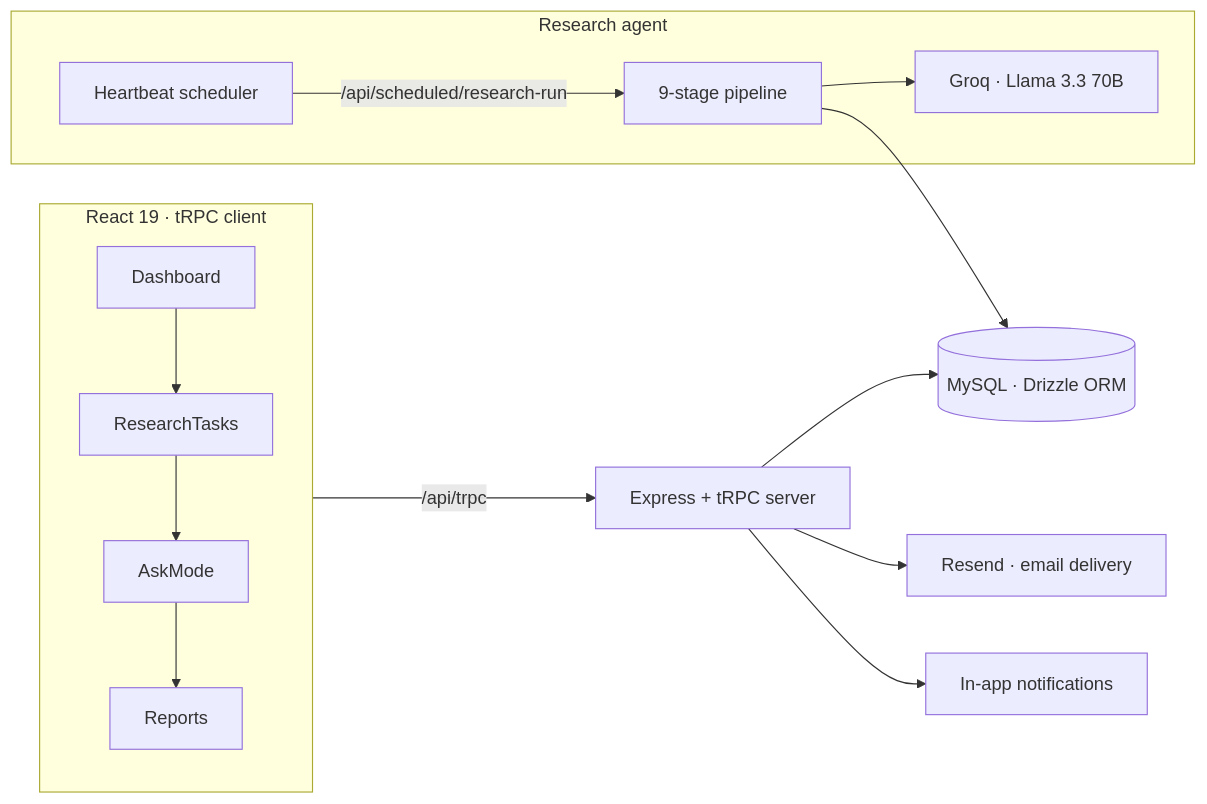
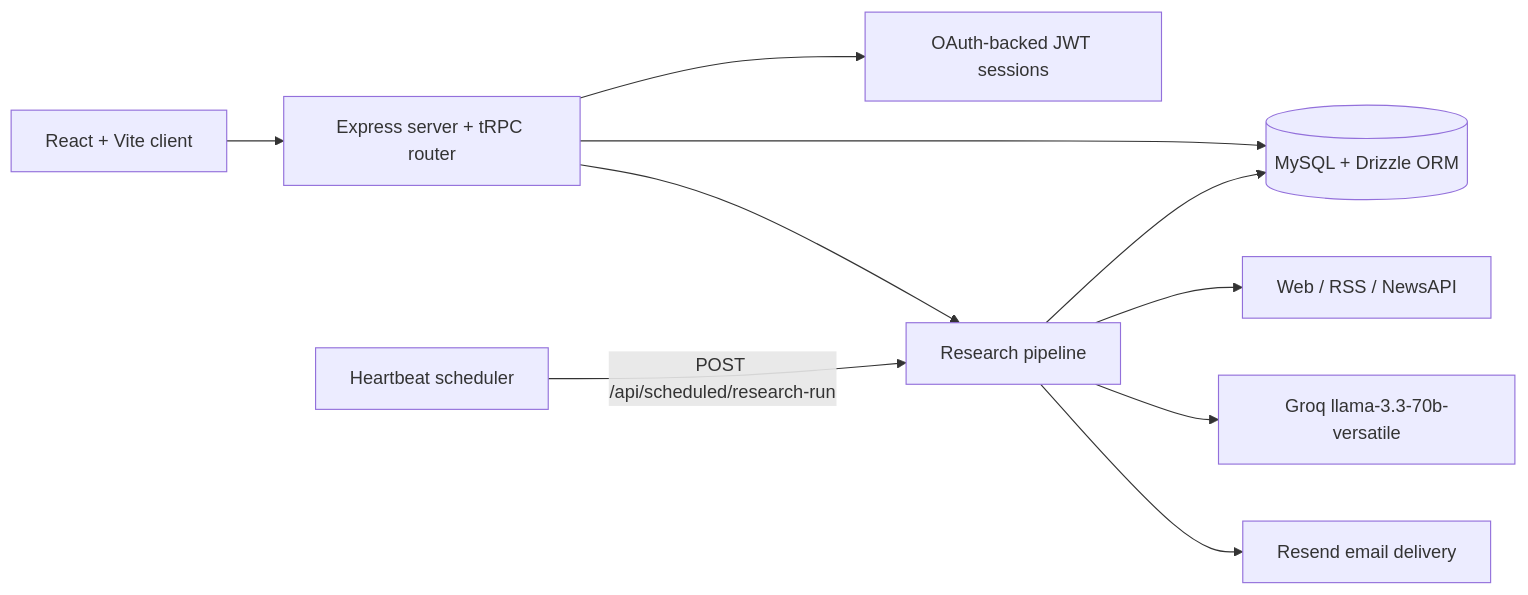
One commit to vincenzo-afk/Intelis-Agent changed the diagram in README.md. Above: the diagram before and after it, drawn with Mermaid. The commit also changed other lines of this file and 12 other files, not shown here.

````diff
--- a/README.md
+++ b/README.md
@@ -67,20 +56,22 @@
 ```mermaid
 flowchart LR
-  subgraph UI["React 19 · tRPC client"]
-    D[Dashboard] --> R[ResearchTasks]
-    R --> Q[AskMode]
-    Q --> P[Reports]
-  end
+  UI[React + Vite client]
+  API[Express server + tRPC router]
+  AUTH[OAuth-backed JWT sessions]
+  AGENT[Research pipeline]
+  SOURCES[Web / RSS / NewsAPI]
+  LLM[Groq llama-3.3-70b-versatile]
+  DB[(MySQL + Drizzle ORM)]
+  MAIL[Resend email delivery]
+  SCHED[Heartbeat scheduler]
 
-  UI -- "/api/trpc" --> S[Express + tRPC server]
-
-  subgraph Agent["Research agent"]
-    H[Heartbeat scheduler] -- "/api/scheduled/research-run" --> PIPE[9-stage pipeline]
-    PIPE --> G[Groq · Llama 3.3 70B]
-  end
-
-  S --> DB[(MySQL · Drizzle ORM)]
-  S --> E[Resend · email delivery]
-  S --> N[In-app notifications]
-  PIPE --> DB
+  UI --> API
+  API --> AUTH
+  API --> DB
+  API --> AGENT
+  SCHED -->|POST /api/scheduled/research-run| AGENT
+  AGENT --> SOURCES
+  AGENT --> LLM
+  AGENT --> DB
+  AGENT --> MAIL
 ```
````
